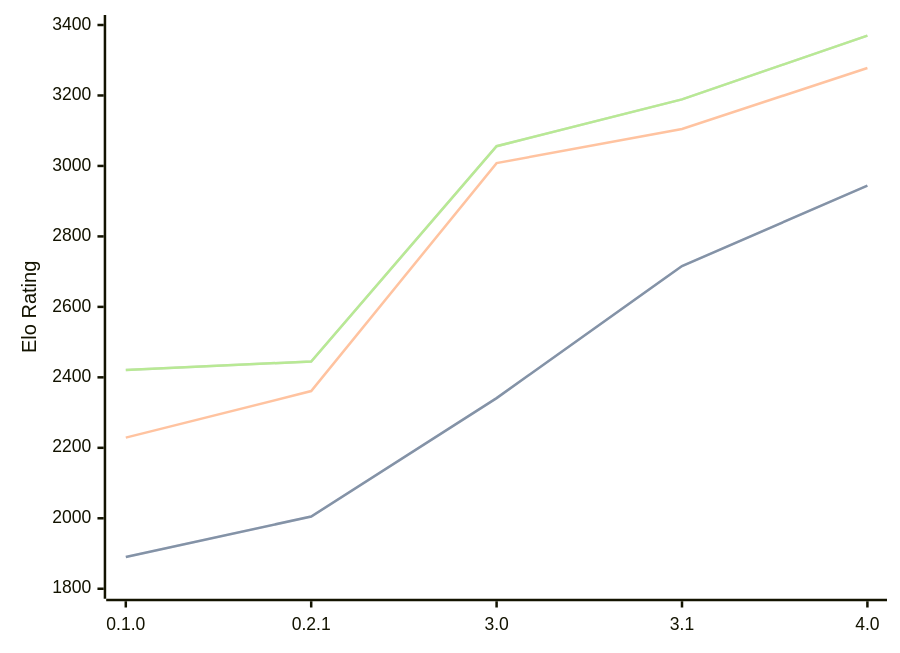
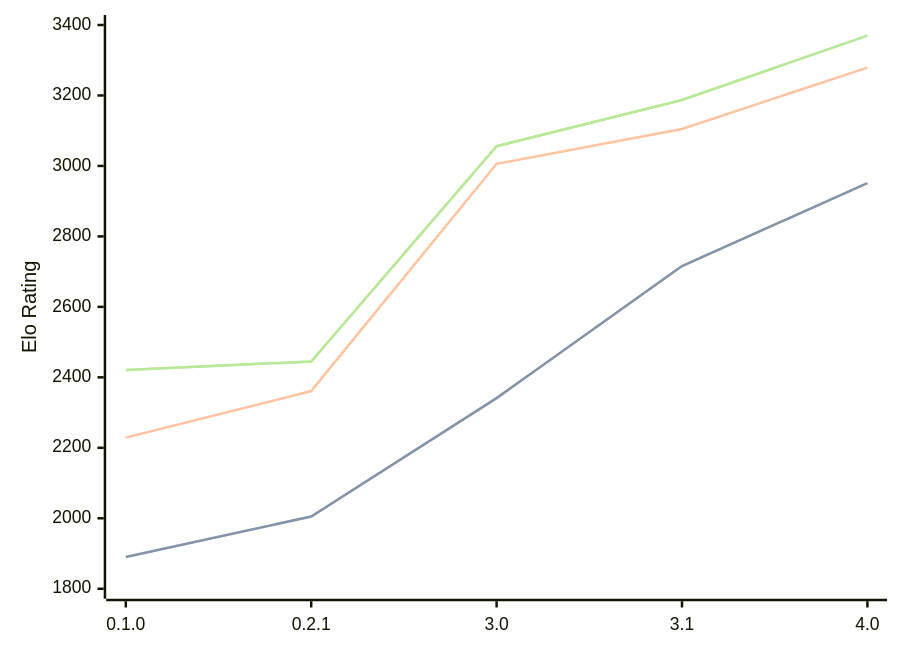
The diagram in engines/Sykora.md (computer-chess-index/cci), drawn with Mermaid before and after one commit. The commit also changed other lines of this file, not shown here.

Commit message:
Update CCI Ratings (ELO VLTC) - 2026-09-15

````diff
--- a/engines/Sykora.md
+++ b/engines/Sykora.md
@@ -36,11 +36,11 @@
 ```mermaid
 %%{init: {"theme":"base","themeVariables":{"seriesColors:['#a3a3a3','#222221','#faa371']}}}%%
 xychart-beta
   x-axis ["0.1.0", "0.2.1", "3.0", "3.1", "4.0"]
   y-axis "Elo Rating" 1800 --> 3400
-  line "" [1890, 2005, 2341, 2716, 2944]
-  line "STC (8.0+0.08s)" [1890, 2005, 2341, 2716, 2944]
-  line "LTC (60.0+0.60s)" [2229, 2361, 3008, 3105, 3278]
-  line "" [2421, 2445, 3056, 3189, 3370]
-  line "VLTC (2m24s+1.12s)" [2421, 2445, 3056, 3189, 3370]
+  line "" [1890, 2005, 2341, 2716, 2951]
+  line "STC (8.0+0.08s)" [1890, 2005, 2341, 2716, 2951]
+  line "LTC (60.0+0.60s)" [2229, 2361, 3006, 3105, 3279]
+  line "" [2421, 2445, 3056, 3187, 3370]
+  line "VLTC (2m24s+1.12s)" [2421, 2445, 3056, 3187, 3370]
 ```
````
